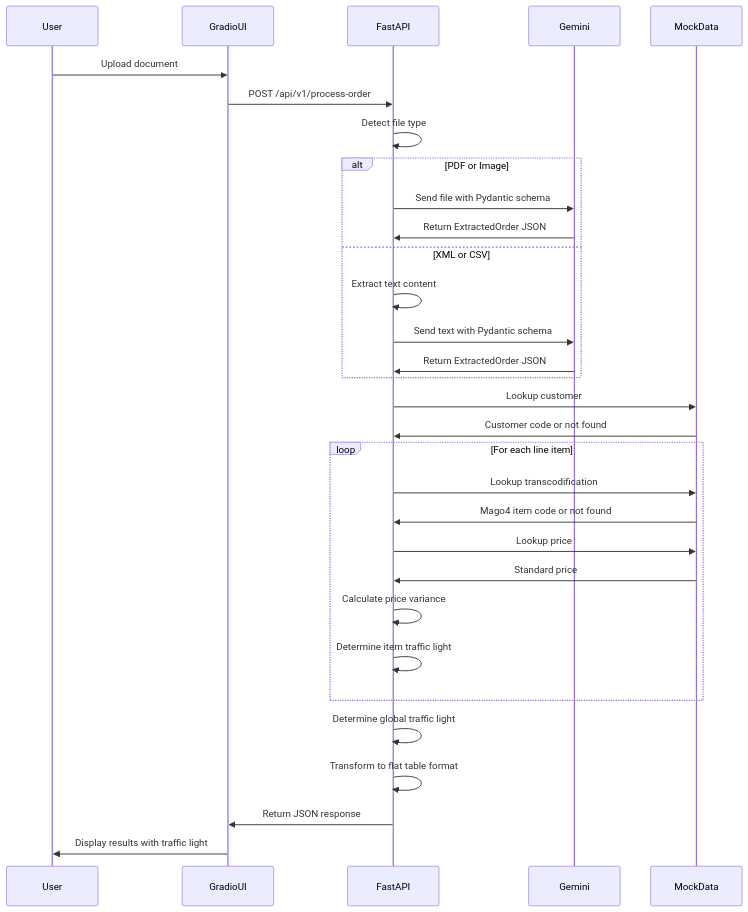
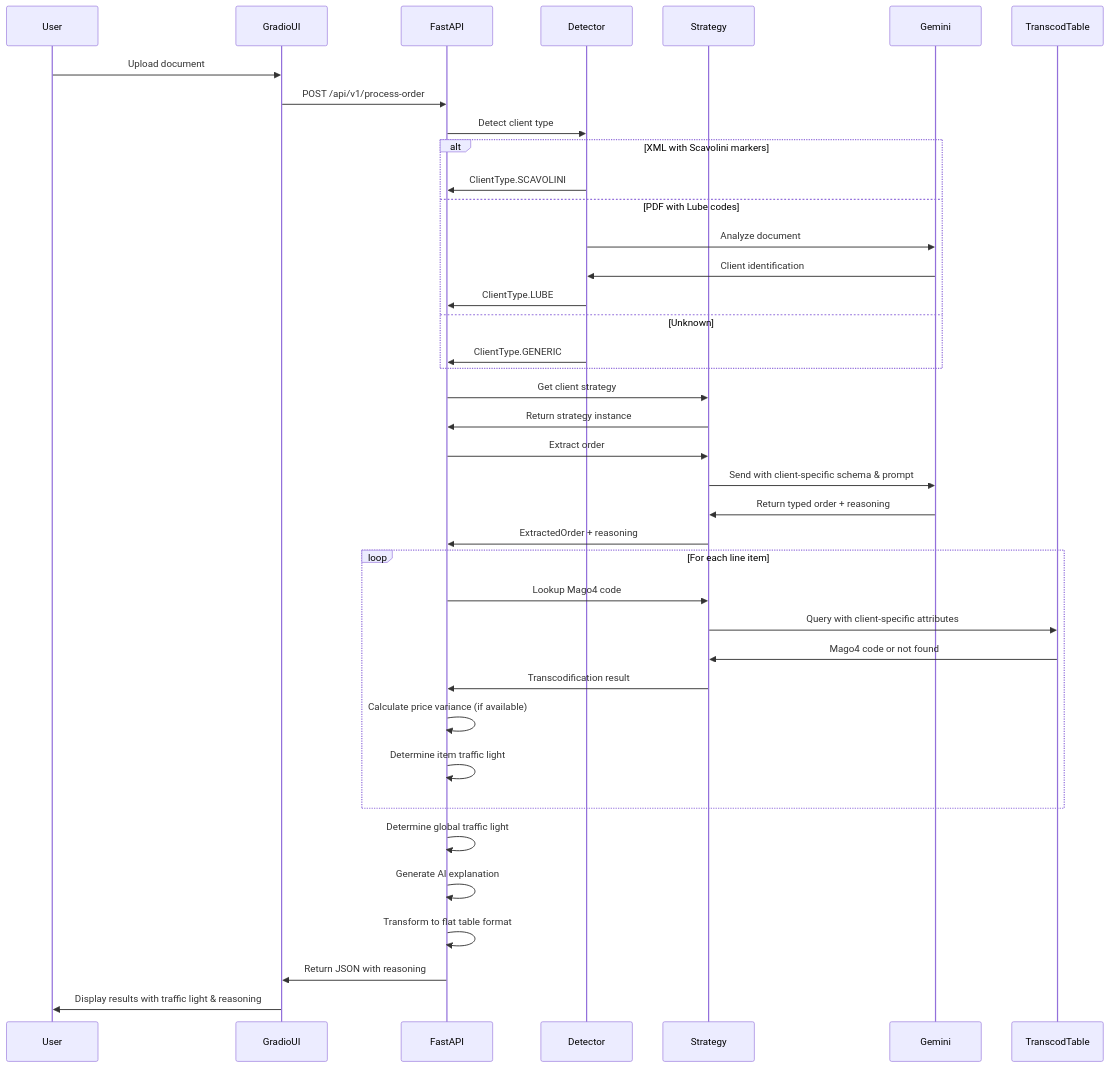
One commit to huware-org/hw-fstprt-simeg-orderentry-dc-tai changed the second of 2 diagrams in .kiro/specs/simeg-order-entry-prototype/design.md. Above: the diagram before and after it, drawn with Mermaid. The commit also changed other lines of this file, not shown here.

````diff
--- a/.kiro/specs/simeg-order-entry-prototype/design.md
+++ b/.kiro/specs/simeg-order-entry-prototype/design.md
@@ -77,38 +90,47 @@
 ```mermaid
 sequenceDiagram
     participant User
     participant GradioUI
     participant FastAPI
+    participant Detector
+    participant Strategy
     participant Gemini
-    participant MockData
+    participant TranscodTable
     
     User->>GradioUI: Upload document
     GradioUI->>FastAPI: POST /api/v1/process-order
-    FastAPI->>FastAPI: Detect file type
+    FastAPI->>Detector: Detect client type
     
-    alt PDF or Image
-        FastAPI->>Gemini: Send file with Pydantic schema
-        Gemini->>FastAPI: Return ExtractedOrder JSON
-    else XML or CSV
-        FastAPI->>FastAPI: Extract text content
-        FastAPI->>Gemini: Send text with Pydantic schema
-        Gemini->>FastAPI: Return ExtractedOrder JSON
+    alt XML with Scavolini markers
+        Detector->>FastAPI: ClientType.SCAVOLINI
+    else PDF with Lube codes
+        Detector->>Gemini: Analyze document
+        Gemini->>Detector: Client identification
+        Detector->>FastAPI: ClientType.LUBE
+    else Unknown
+        Detector->>FastAPI: ClientType.GENERIC
     end
     
-    FastAPI->>MockData: Lookup customer
-    MockData->>FastAPI: Customer code or not found
+    FastAPI->>Strategy: Get client strategy
+    Strategy->>FastAPI: Return strategy instance
+    
+    FastAPI->>Strategy: Extract order
+    Strategy->>Gemini: Send with client-specific schema & prompt
+    Gemini->>Strategy: Return typed order + reasoning
+    Strategy->>FastAPI: ExtractedOrder + reasoning
     
     loop For each line item
-        FastAPI->>MockData: Lookup transcodification
-        MockData->>FastAPI: Mago4 item code or not found
-        FastAPI->>MockData: Lookup price
-        MockData->>FastAPI: Standard price
-        FastAPI->>FastAPI: Calculate price variance
+        FastAPI->>Strategy: Lookup Mago4 code
+        Strategy->>TranscodTable: Query with client-specific attributes
+        TranscodTable->>Strategy: Mago4 code or not found
+        Strategy->>FastAPI: Transcodification result
+        FastAPI->>FastAPI: Calculate price variance (if available)
         FastAPI->>FastAPI: Determine item traffic light
     end
     
     FastAPI->>FastAPI: Determine global traffic light
+    FastAPI->>FastAPI: Generate AI explanation
     FastAPI->>FastAPI: Transform to flat table format
-    FastAPI->>GradioUI: Return JSON response
-    GradioUI->>User: Display results with traffic light
+    FastAPI->>GradioUI: Return JSON with reasoning
+    GradioUI->>User: Display results with traffic light & reasoning
 ```
````
